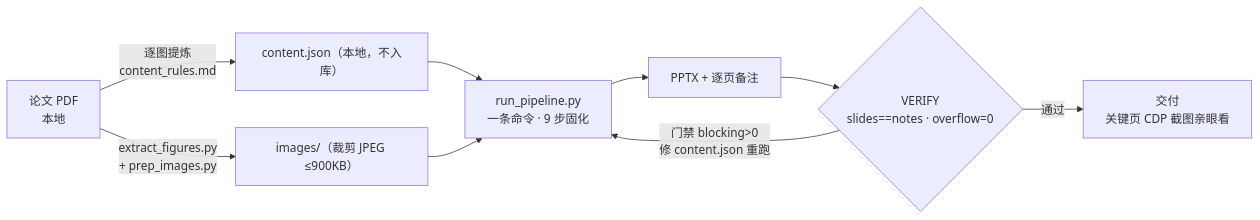
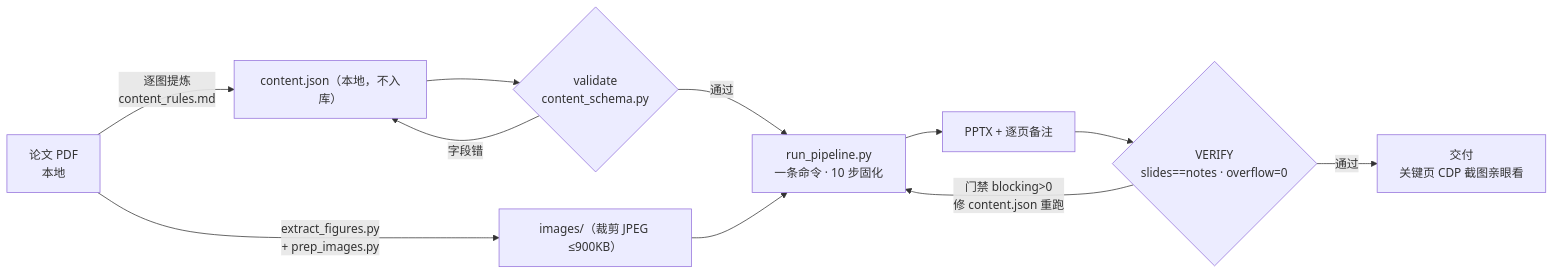
Before and after one commit to CL4Y68/paper-fig-deck: the diagram in README.md, drawn with Mermaid. The commit also changed other lines of this file and 41 other files, not shown here.

````diff
--- a/README.md
+++ b/README.md
@@ -8,11 +33,13 @@
 ```mermaid
 flowchart LR
   A[论文 PDF<br/>本地] -->|逐图提炼<br/>content_rules.md| C["content.json（本地，不入库）"]
   A -->|extract_figures.py<br/>+ prep_images.py| B["images/（裁剪 JPEG ≤900KB）"]
-  C --> P["run_pipeline.py<br/>一条命令 · 9 步固化"]
+  C --> V{"validate<br/>content_schema.py"}
+  V -->|字段错| C
+  V -->|通过| P["run_pipeline.py<br/>一条命令 · 10 步固化"]
   B --> P
   P --> D["PPTX + 逐页备注"]
   D --> E{"VERIFY<br/>slides==notes · overflow=0"}
   E -->|通过| F[交付<br/>关键页 CDP 截图亲眼看]
   E -->|门禁 blocking>0<br/>修 content.json 重跑| P
 ```
````
